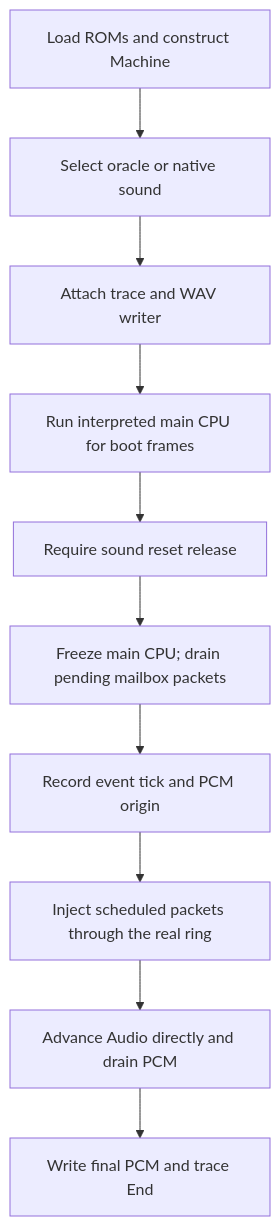
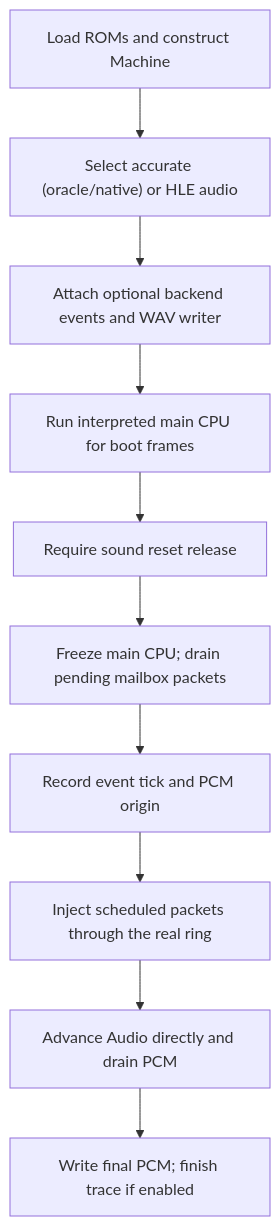
The diagram in docs/site/developer/runtime/audio/extraction.md (ansxor/f3-recomp), drawn with Mermaid before and after one commit. The commit also changed other lines of this file and 43 other files, not shown here.

Commit message:
Add opt-in threaded HLE audio with rollback reconciliation

````diff
--- a/docs/site/developer/runtime/audio/extraction.md
+++ b/docs/site/developer/runtime/audio/extraction.md
@@ -11,12 +11,12 @@
 ```mermaid
 flowchart TD
-    A["Load ROMs and construct Machine"] --> B["Select oracle or native sound"]
-    B --> C["Attach trace and WAV writer"]
+    A["Load ROMs and construct Machine"] --> B["Select accurate (oracle/native) or HLE audio"]
+    B --> C["Attach optional backend events and WAV writer"]
     C --> D["Run interpreted main CPU for boot frames"]
     D --> E["Require sound reset release"]
     E --> F["Freeze main CPU; drain pending mailbox packets"]
     F --> G["Record event tick and PCM origin"]
     G --> H["Inject scheduled packets through the real ring"]
     H --> I["Advance Audio directly and drain PCM"]
-    I --> J["Write final PCM and trace End"]
+    I --> J["Write final PCM; finish trace if enabled"]
 ```
````
